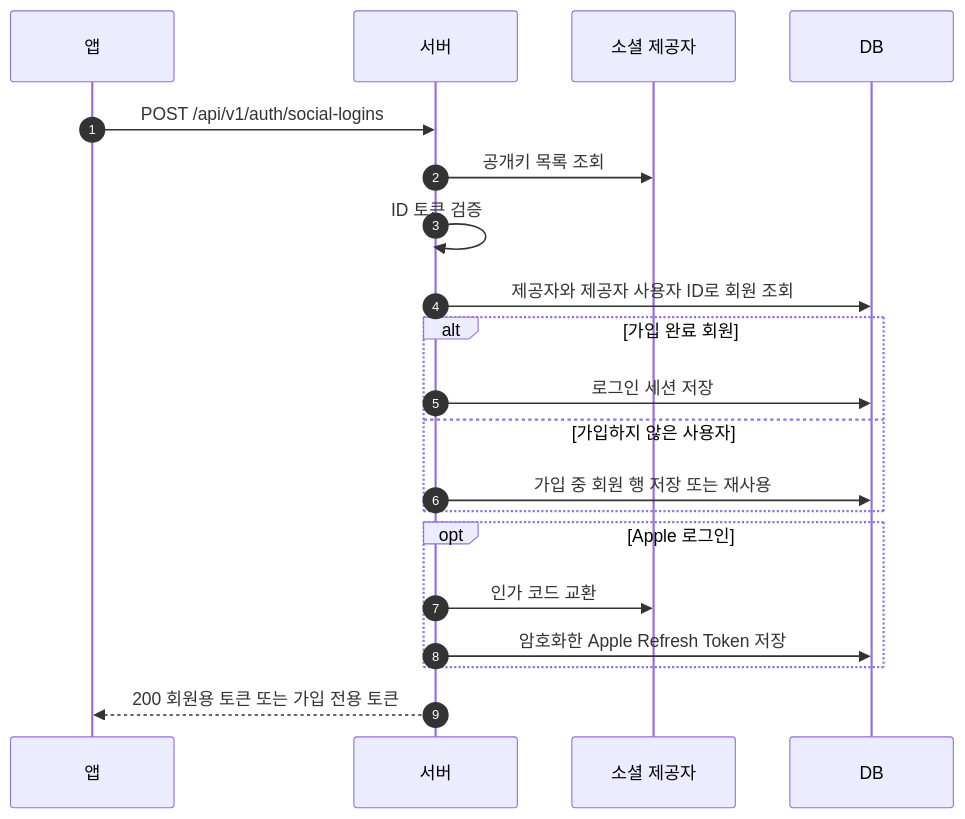
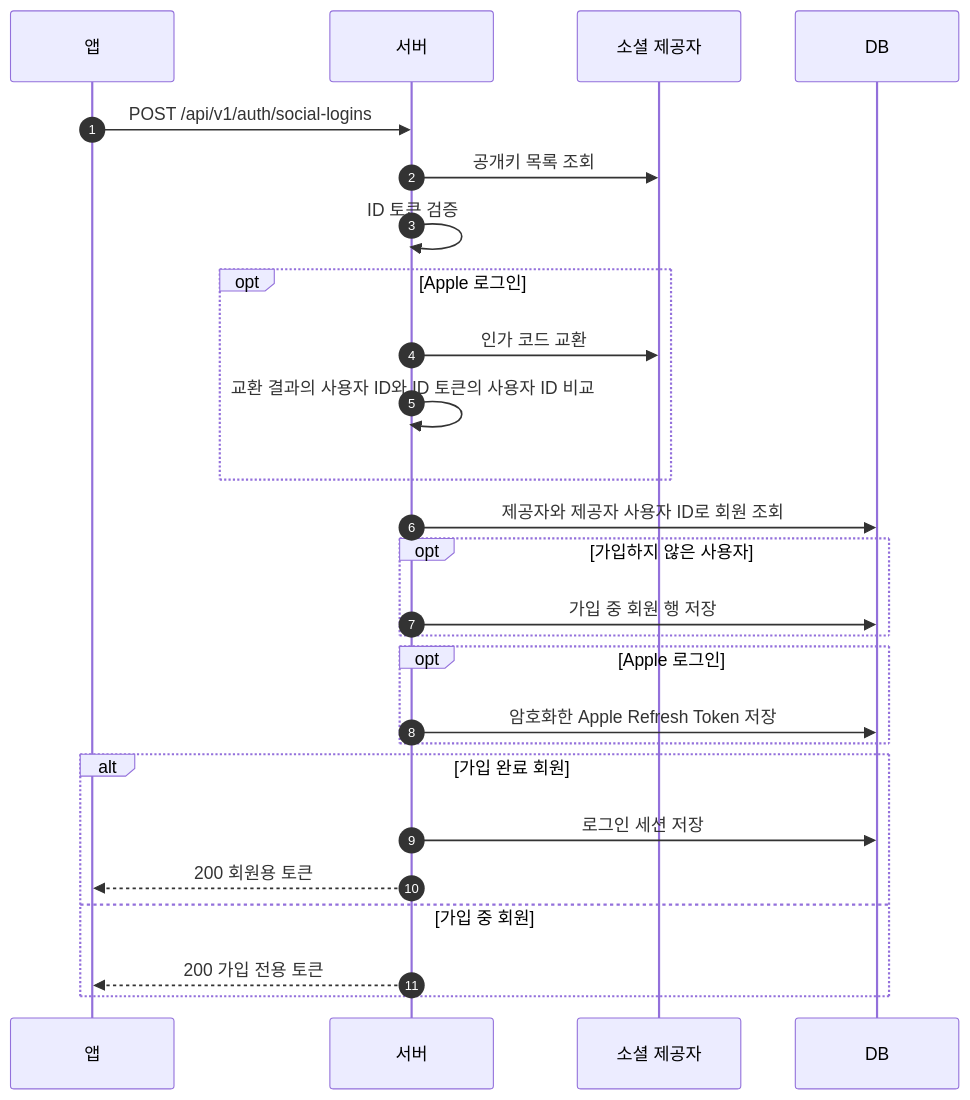
Before and after one commit to JECT-Study/Billit-5th-Docs: the second of 3 diagrams in design/authentication.md, drawn with Mermaid. The commit also changed other lines of this file, not shown here.

Commit message:
docs: 인증 설계서의 갱신, Apple 로그인과 가입 흐름 수정

````diff
--- a/design/authentication.md
+++ b/design/authentication.md
@@ -160,23 +160,29 @@
 ```mermaid
 sequenceDiagram
     autonumber
     participant App as 앱
     participant Server as 서버
     participant Provider as 소셜 제공자
     participant DB as DB
 
     App->>Server: POST /api/v1/auth/social-logins
     Server->>Provider: 공개키 목록 조회
     Server->>Server: ID 토큰 검증
+    opt Apple 로그인
+        Server->>Provider: 인가 코드 교환
+        Server->>Server: 교환 결과의 사용자 ID와 ID 토큰의 사용자 ID 비교
+    end
     Server->>DB: 제공자와 제공자 사용자 ID로 회원 조회
+    opt 가입하지 않은 사용자
+        Server->>DB: 가입 중 회원 행 저장
+    end
+    opt Apple 로그인
+        Server->>DB: 암호화한 Apple Refresh Token 저장
+    end
     alt 가입 완료 회원
         Server->>DB: 로그인 세션 저장
-    else 가입하지 않은 사용자
-        Server->>DB: 가입 중 회원 행 저장 또는 재사용
+        Server-->>App: 200 회원용 토큰
+    else 가입 중 회원
+        Server-->>App: 200 가입 전용 토큰
     end
-    opt Apple 로그인
-        Server->>Provider: 인가 코드 교환
-        Server->>DB: 암호화한 Apple Refresh Token 저장
-    end
-    Server-->>App: 200 회원용 토큰 또는 가입 전용 토큰
 ```
````
